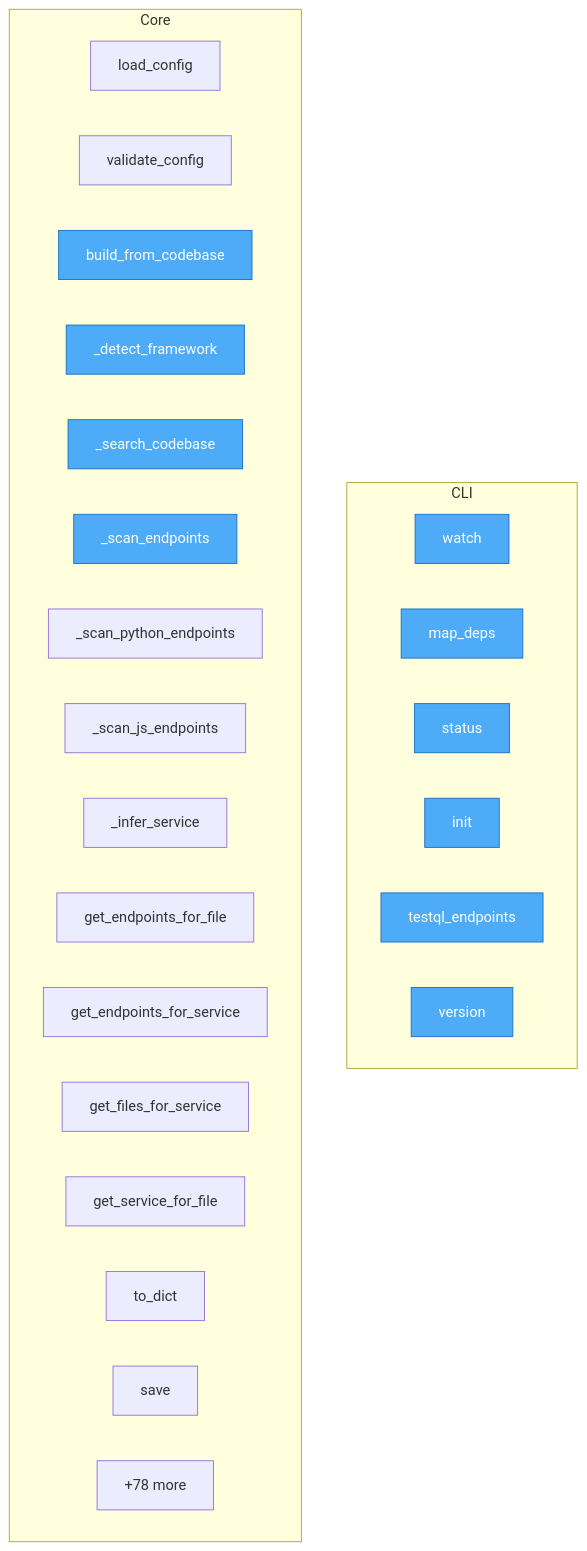
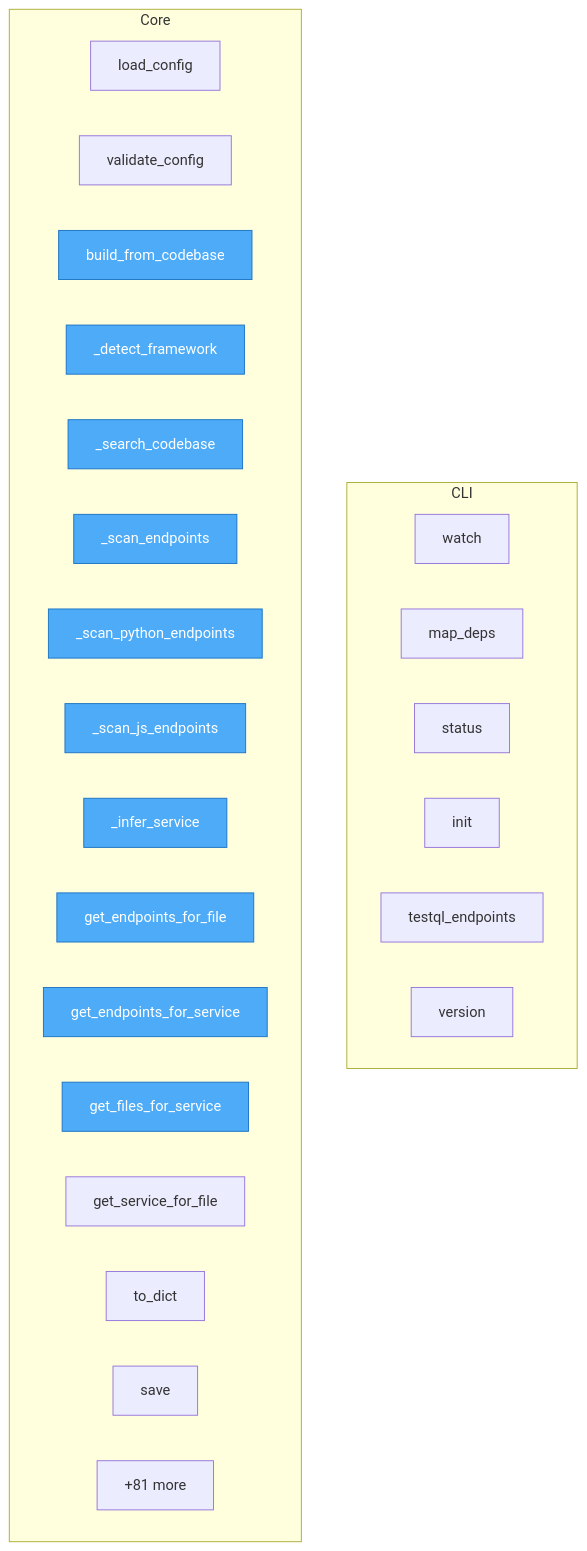
The diagram in project/flow.mmd (semcod/wup), drawn with Mermaid before and after one commit. The commit also changed 30 other files, not shown here.

```diff
--- a/project/flow.mmd
+++ b/project/flow.mmd
@@ -1,34 +1,34 @@
 flowchart TD
 
     %% Entry points (blue)
     classDef entry fill:#4dabf7,stroke:#1971c2,color:#fff
 
     subgraph CLI
         wup__cli__watch["watch"]
         wup__cli__map_deps["map_deps"]
         wup__cli__status["status"]
         wup__cli__init["init"]
         wup__cli__testql_endpoints["testql_endpoints"]
         wup__cli__version["version"]
     end
 
     subgraph Core
         wup__config__load_config["load_config"]
         wup__config__validate_config["validate_config"]
         wup__dependency_mapper__DependencyMapper__build_from_codebase["build_from_codebase"]
         wup__dependency_mapper__DependencyMapper___detect_framework["_detect_framework"]
         wup__dependency_mapper__DependencyMapper___search_codebase["_search_codebase"]
         wup__dependency_mapper__DependencyMapper___scan_endpoints["_scan_endpoints"]
         wup__dependency_mapper__DependencyMapper___scan_python_endpoints["_scan_python_endpoints"]
         wup__dependency_mapper__DependencyMapper___scan_js_endpoints["_scan_js_endpoints"]
         wup__dependency_mapper__DependencyMapper___infer_service["_infer_service"]
         wup__dependency_mapper__DependencyMapper__get_endpoints_for_file["get_endpoints_for_file"]
         wup__dependency_mapper__DependencyMapper__get_endpoints_for_service["get_endpoints_for_service"]
         wup__dependency_mapper__DependencyMapper__get_files_for_service["get_files_for_service"]
         wup__dependency_mapper__DependencyMapper__get_service_for_file["get_service_for_file"]
         wup__dependency_mapper__DependencyMapper__to_dict["to_dict"]
         wup__dependency_mapper__DependencyMapper__save["save"]
-        ...["+78 more"]
+        ...["+81 more"]
     end
 
-    class wup__cli__watch,wup__cli__map_deps,wup__cli__status,wup__cli__init,wup__cli__testql_endpoints,wup__cli__version,wup__dependency_mapper__DependencyMapper__build_from_codebase,wup__dependency_mapper__DependencyMapper___detect_framework,wup__dependency_mapper__DependencyMapper___search_codebase,wup__dependency_mapper__DependencyMapper___scan_endpoints entry
+    class wup__dependency_mapper__DependencyMapper__build_from_codebase,wup__dependency_mapper__DependencyMapper___detect_framework,wup__dependency_mapper__DependencyMapper___search_codebase,wup__dependency_mapper__DependencyMapper___scan_endpoints,wup__dependency_mapper__DependencyMapper___scan_python_endpoints,wup__dependency_mapper__DependencyMapper___scan_js_endpoints,wup__dependency_mapper__DependencyMapper___infer_service,wup__dependency_mapper__DependencyMapper__get_endpoints_for_file,wup__dependency_mapper__DependencyMapper__get_endpoints_for_service,wup__dependency_mapper__DependencyMapper__get_files_for_service entry
```
